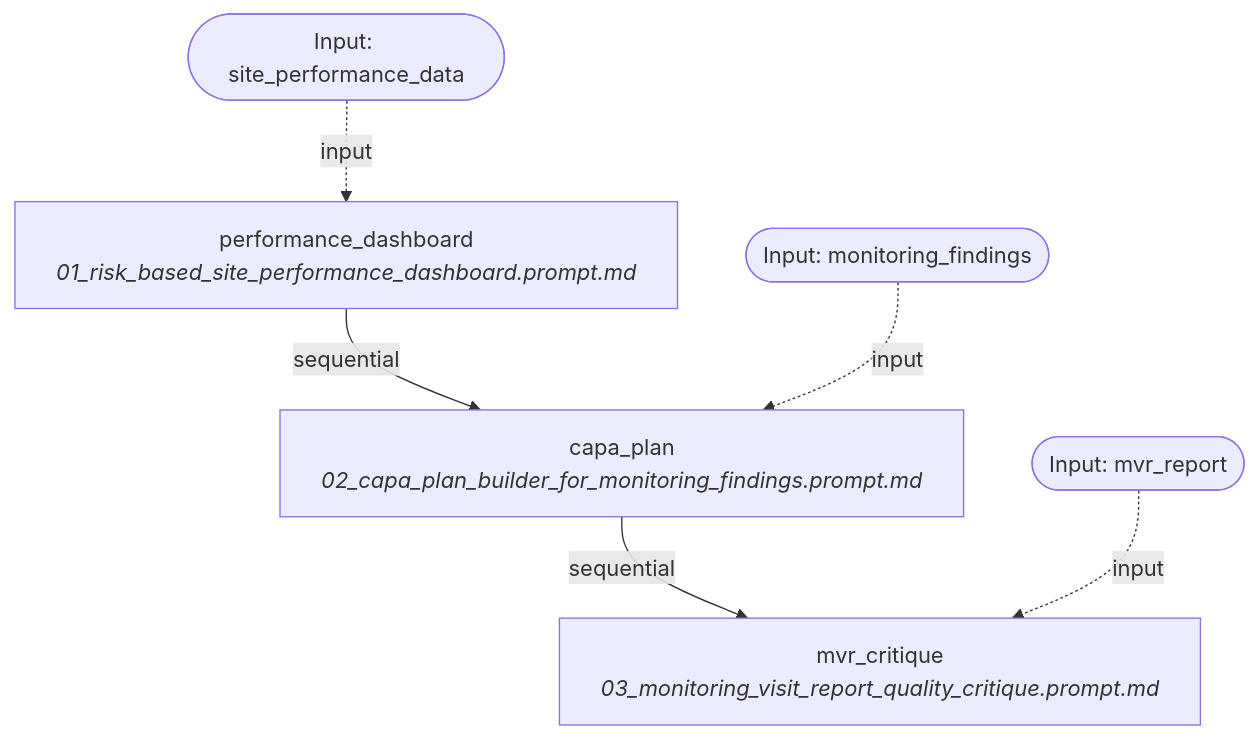
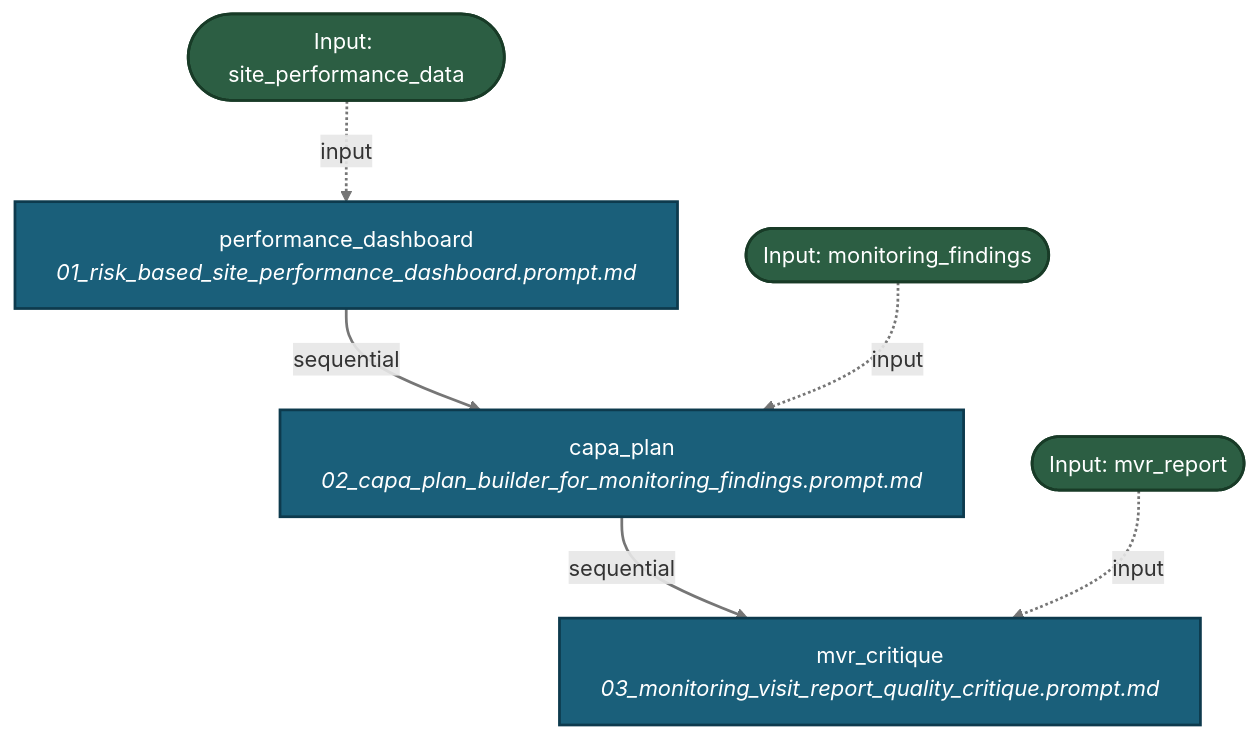
Before and after one commit to fderuiter/proompts: the diagram in docs/workflows/clinical_monitoring.md, drawn with Mermaid. The commit also changed 267 other files, not shown here.

````diff
--- a/docs/workflows/clinical_monitoring.md
+++ b/docs/workflows/clinical_monitoring.md
@@ -11,14 +11,17 @@
 ```mermaid
 graph TD
-    INPUT_site_performance_data([Input: site_performance_data])
-    INPUT_monitoring_findings([Input: monitoring_findings])
-    INPUT_mvr_report([Input: mvr_report])
-    performance_dashboard[performance_dashboard<br><i>01_risk_based_site_performance_dashboard.prompt.md</i>]
+    classDef stepNode fill:#1a5f7a,stroke:#0d3a4d,stroke-width:2px,color:#ffffff;
+    classDef inputNode fill:#2c5e43,stroke:#183b27,stroke-width:2px,color:#ffffff;
+    INPUT_site_performance_data([Input: site_performance_data]):::inputNode
+    INPUT_monitoring_findings([Input: monitoring_findings]):::inputNode
+    INPUT_mvr_report([Input: mvr_report]):::inputNode
+    performance_dashboard[performance_dashboard<br><i>01_risk_based_site_performance_dashboard.prompt.md</i>]:::stepNode
     INPUT_site_performance_data -. input .-> performance_dashboard
     performance_dashboard -->|sequential| capa_plan
-    capa_plan[capa_plan<br><i>02_capa_plan_builder_for_monitoring_findings.prompt.md</i>]
+    capa_plan[capa_plan<br><i>02_capa_plan_builder_for_monitoring_findings.prompt.md</i>]:::stepNode
     INPUT_monitoring_findings -. input .-> capa_plan
     capa_plan -->|sequential| mvr_critique
-    mvr_critique[mvr_critique<br><i>03_monitoring_visit_report_quality_critique.prompt.md</i>]
+    mvr_critique[mvr_critique<br><i>03_monitoring_visit_report_quality_critique.prompt.md</i>]:::stepNode
     INPUT_mvr_report -. input .-> mvr_critique
+    linkStyle default stroke:#767676,stroke-width:2px;
 ```
````
